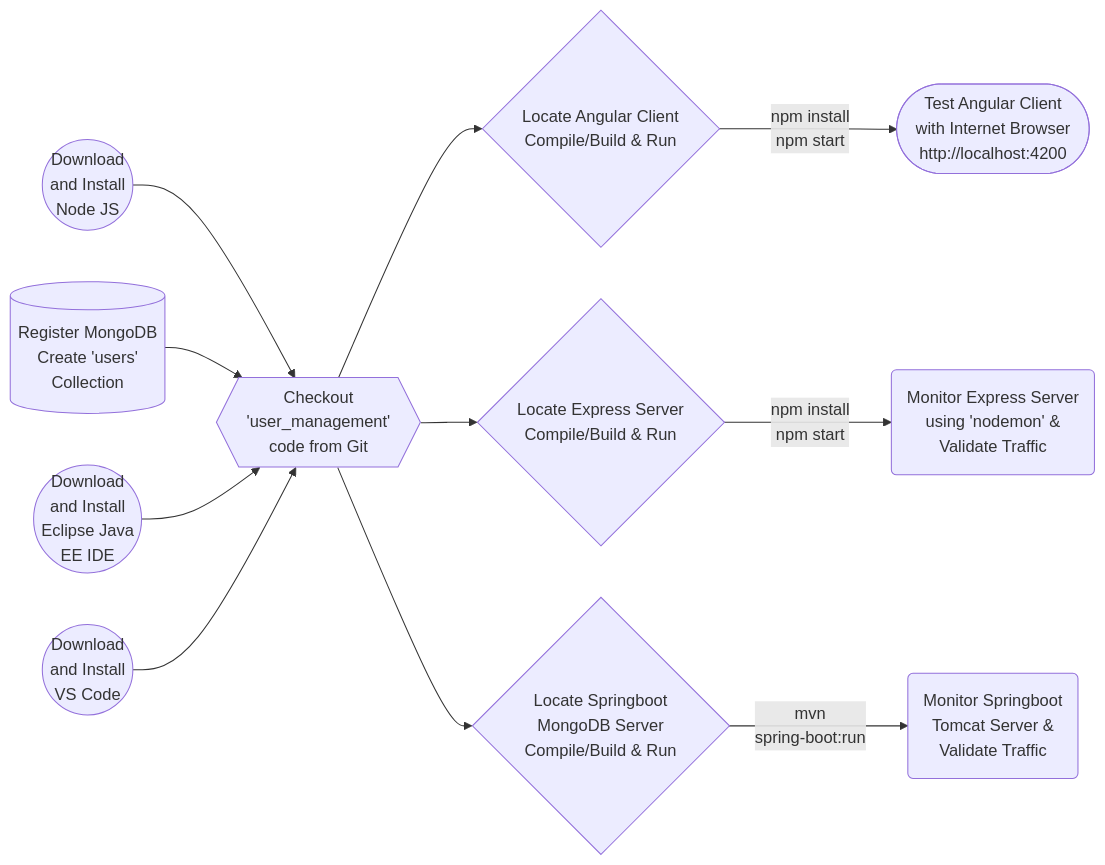
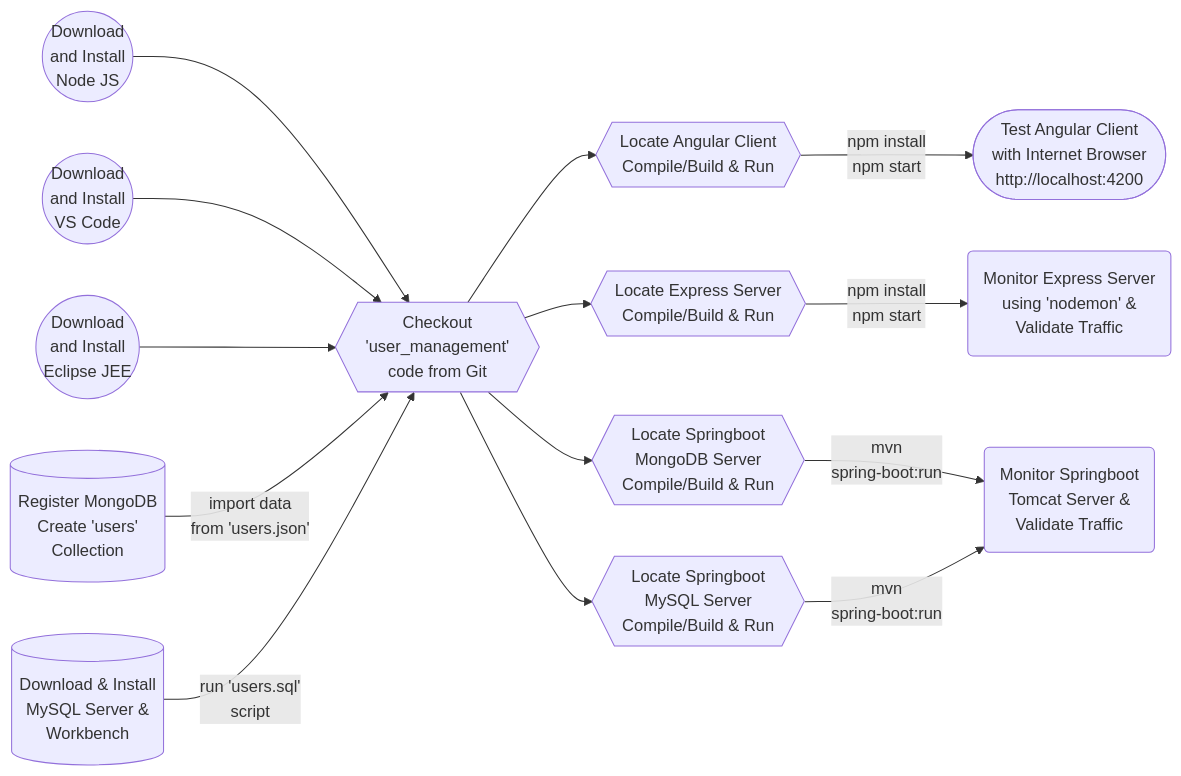
One commit to lalumastan/user_management changed the diagram in README.md. Above: the diagram before and after it, drawn with Mermaid. The commit also changed other lines of this file and 28 other files, not shown here.

````diff
--- a/README.md
+++ b/README.md
@@ -32,34 +9,13 @@
 ```mermaid
-
-  
-
 graph LR
-
-  
-
 A((Download<br/>and Install<br/>Node JS)) --> D
-
-  
-
-B[(Register MongoDB<br/>Create 'users'<br/>Collection)] --> D
-
-I((Download<br/>and Install<br/>Eclipse Java<br/>EE IDE )) --> D
-
-C((Download<br/>and Install<br/>VS Code)) -->
- 
-
+C((Download<br/>and Install<br/>VS Code)) --> D
+I((Download<br/>and Install<br/>Eclipse JEE )) --> D
+B[(Register MongoDB<br/>Create 'users'<br/>Collection)] -- import data<br/>from 'users.json' --> D
+M[(Download & Install<br/>MySQL Server &<br/>Workbench)] -- run 'users.sql'<br/>script-->  
 D{{Checkout<br/>'user_management'<br/>code from Git}} -->
-
-  
-
-E{Locate Angular Client<br/>Compile/Build & Run} -- npm install<br/>npm start --> F([Test Angular Client<br/>with Internet Browser<br/>http://localhost:4200])
-
-  
-
-D --> G{Locate Express Server<br/>Compile/Build & Run} -- npm install<br/>npm start --> H(Monitor Express Server<br/>using 'nodemon' &<br/>Validate Traffic)
-
-D --> J{Locate Springboot<br/>MongoDB Server<br/>Compile/Build & Run} -- mvn <br/>spring-boot:run --> K(Monitor Springboot<br/>Tomcat Server &<br/>Validate Traffic)
-
-  
-
+E{{Locate Angular Client<br/>Compile/Build & Run}} -- npm install<br/>npm start --> F([Test Angular Client<br/>with Internet Browser<br/>http://localhost:4200])
+D --> G{{Locate Express Server<br/>Compile/Build & Run}} -- npm install<br/>npm start --> H(Monitor Express Server<br/>using 'nodemon' &<br/>Validate Traffic)
+D --> J{{Locate Springboot<br/>MongoDB Server<br/>Compile/Build & Run}} -- mvn <br/>spring-boot:run --> K(Monitor Springboot<br/>Tomcat Server &<br/>Validate Traffic)
+D --> L{{Locate Springboot<br/>MySQL Server<br/>Compile/Build & Run}} -- mvn <br/>spring-boot:run --> K
 ```
````
